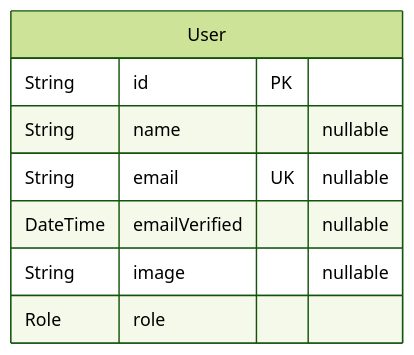
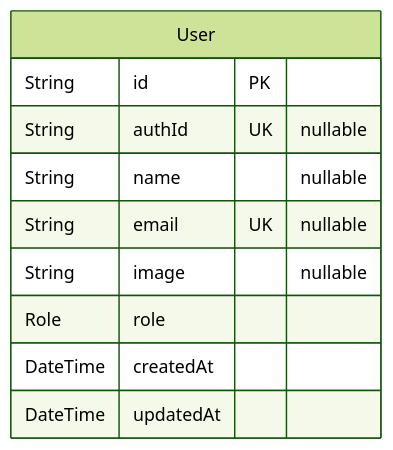
One commit to rayven122/tumiki changed the fifth of 6 diagrams in packages/db/prisma/README.md. Above: the diagram before and after it, drawn with Mermaid (forest theme). The commit also changed other lines of this file and 31 other files, not shown here.

````diff
--- a/packages/db/prisma/README.md
+++ b/packages/db/prisma/README.md
@@ -696,11 +641,13 @@
 ```mermaid
 erDiagram
 "User" {
   String id PK
+  String authId UK "nullable"
   String name "nullable"
   String email UK "nullable"
-  DateTime emailVerified "nullable"
   String image "nullable"
   Role role
+  DateTime createdAt
+  DateTime updatedAt
 }
 ```
````
